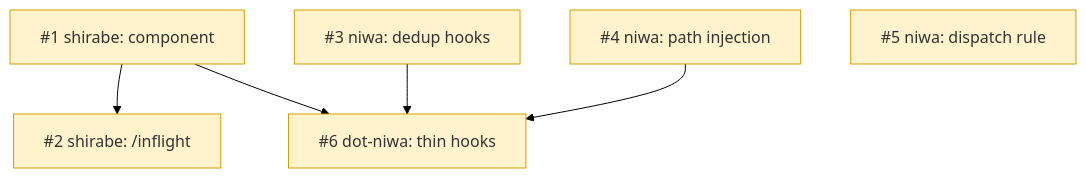
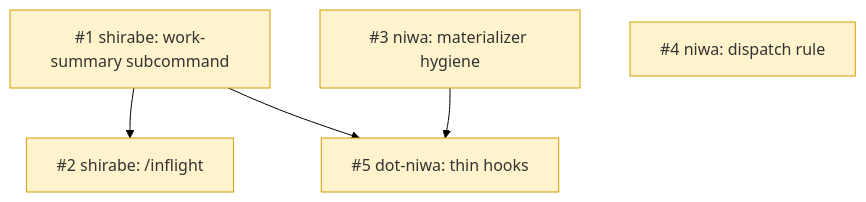
The diagram in docs/plans/PLAN-session-work-summary.md (tsukumogami/shirabe), drawn with Mermaid (forest theme) before and after one commit. The commit also changed other lines of this file and 1 other file, not shown here.

````diff
--- a/docs/plans/PLAN-session-work-summary.md
+++ b/docs/plans/PLAN-session-work-summary.md
@@ -189,20 +181,18 @@
 ```mermaid
 graph TD
-    I1["#1 shirabe: component"]
+    I1["#1 shirabe: work-summary subcommand"]
     I2["#2 shirabe: /inflight"]
-    I3["#3 niwa: dedup hooks"]
-    I4["#4 niwa: path injection"]
-    I5["#5 niwa: dispatch rule"]
-    I6["#6 dot-niwa: thin hooks"]
+    I3["#3 niwa: materializer hygiene"]
+    I4["#4 niwa: dispatch rule"]
+    I5["#5 dot-niwa: thin hooks"]
 
     I1 --> I2
-    I1 --> I6
-    I3 --> I6
-    I4 --> I6
+    I1 --> I5
+    I3 --> I5
 
-    class I1,I2,I3,I4,I5,I6 ready;
+    class I1,I2,I3,I4,I5 ready;
 
     classDef done fill:#d4edda,stroke:#28a745,color:#333;
     classDef ready fill:#fff3cd,stroke:#d39e00,color:#333;
     classDef blocked fill:#f8d7da,stroke:#dc3545,color:#333;
 ```
````
